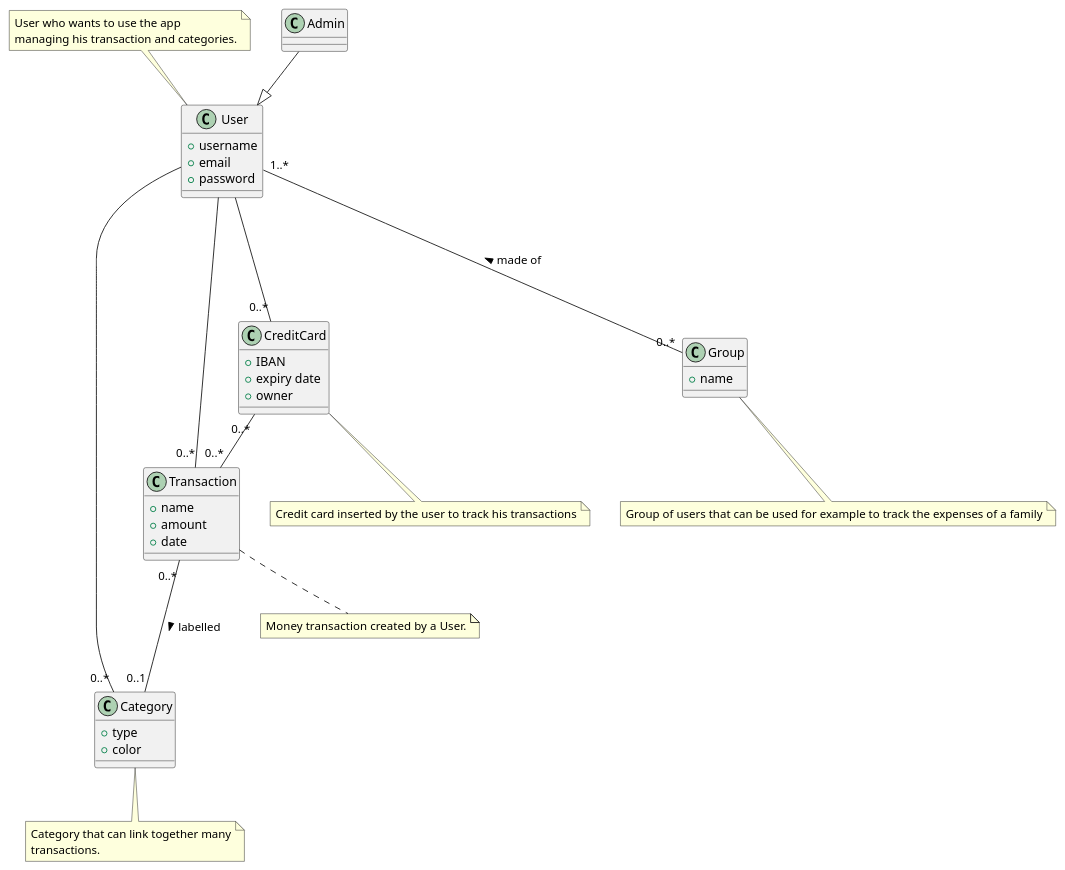
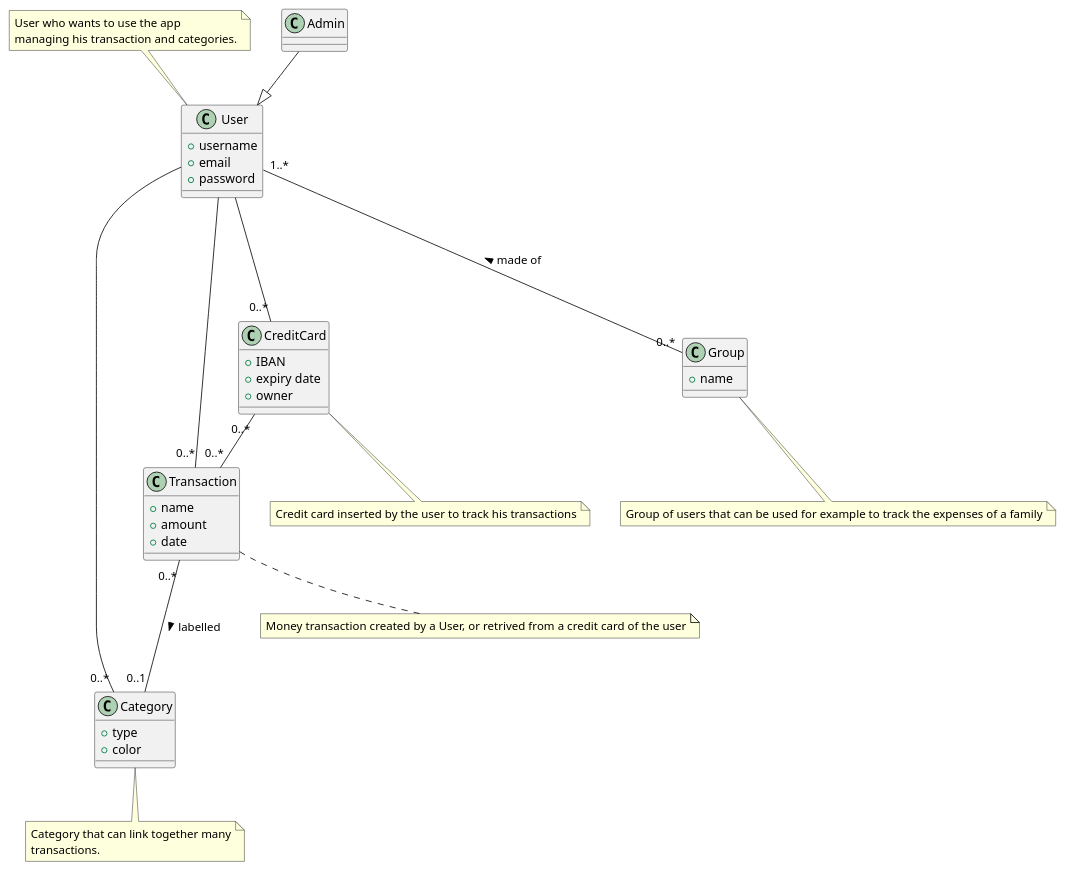
One commit to lara-m2000/ezwallet changed the third of 5 diagrams in RequirementsDocumentV2.md. Above: the diagram before and after it, drawn with PlantUML.

Commit message:
docs: updated glossary

````diff
--- a/RequirementsDocumentV2.md
+++ b/RequirementsDocumentV2.md
@@ -562,76 +562,76 @@
 ```plantuml
 @startuml
 
 
 class User {
 	+ username
 	+ email
 	+ password
 }
 
 note top of User
 User who wants to use the app
 managing his transaction and categories.
 endnote
 
 class Admin {
 
 }
 
 
 class Transaction {
 	+ name
 	+ amount
 	+ date
 }
 
 note bottom of Transaction
-Money transaction created by a User.
+Money transaction created by a User, or retrived from a credit card of the user
 endnote
 
 
 class Category {
 	+ type
 	+ color
 }
 
 note bottom of Category
 Category that can link together many
 transactions.
 endnote
 
 class CreditCard {
 	+ IBAN
 	+ expiry date
 	+ owner
 }
 
 note bottom of CreditCard
 Credit card inserted by the user to track his transactions
 endnote
 
 class Group {
 	+ name
 }
 note bottom of Group
 Group of users that can be used for example to track the expenses of a family
 endnote
 
 Transaction "0..*" --- "0..1" Category : labelled >
 
 
 User --- "0..*" CreditCard
 
 User --- "0..*" Transaction
 
 User --- "0..*" Category
 
 User "1..*" --- "0..*" Group : made of <
 
 Admin --|> User
 
 CreditCard "0..*" -- "0..*" Transaction
 
 
 @enduml
 ```
````
